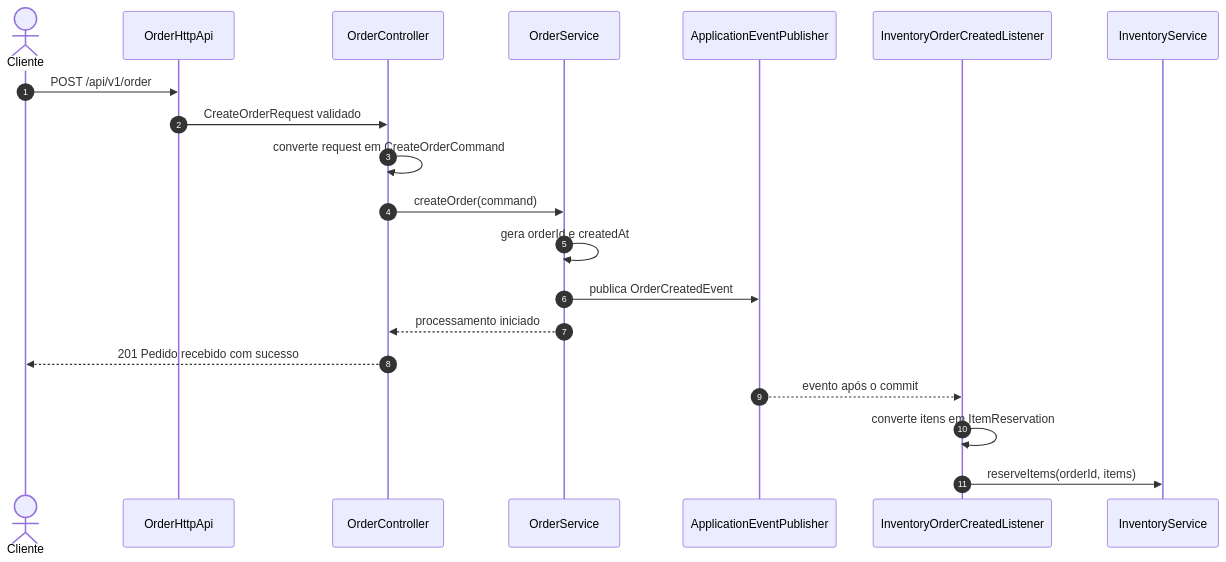
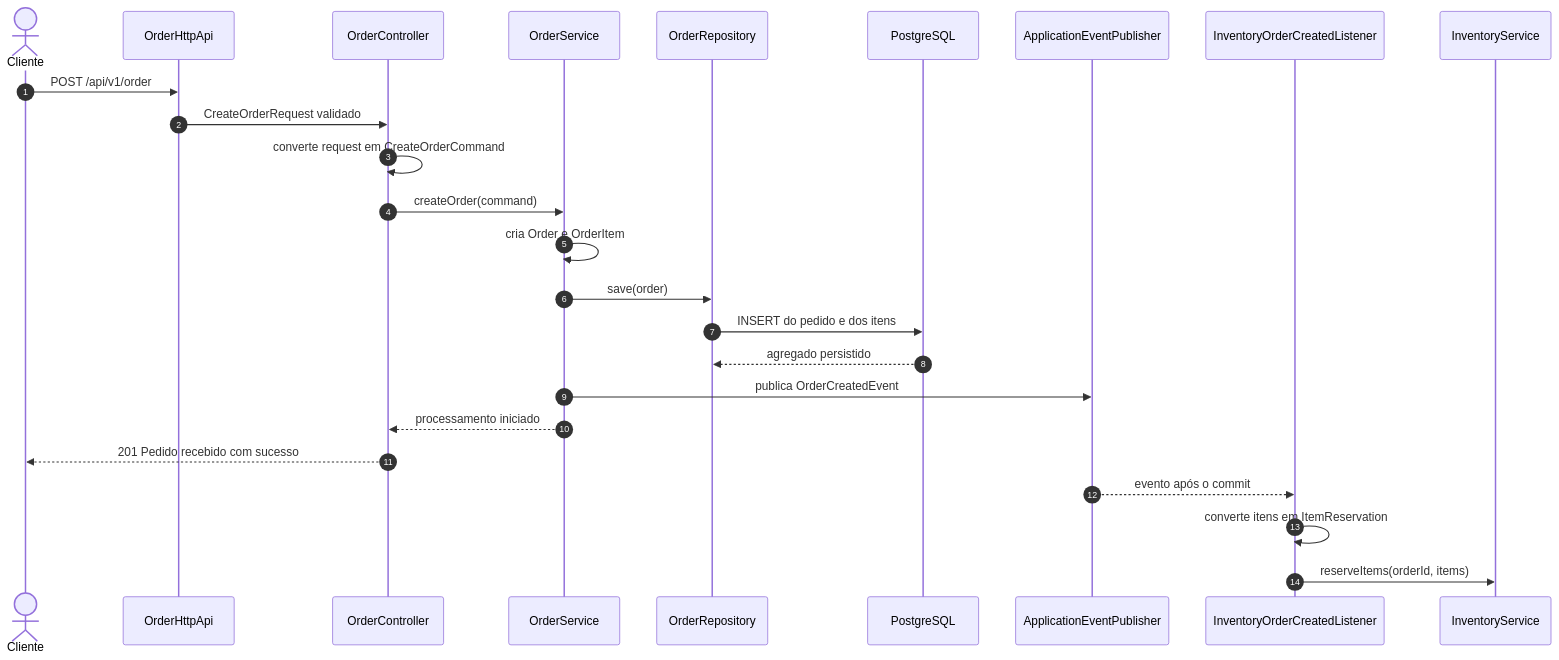
The second of 2 diagrams in docs/architecture.md (marcusvbrangel/ordermod), drawn with Mermaid before and after one commit. The commit also changed other lines of this file and 3 other files, not shown here.

````diff
--- a/docs/architecture.md
+++ b/docs/architecture.md
@@ -109,23 +116,28 @@
 ```mermaid
 sequenceDiagram
     autonumber
     actor Client as Cliente
     participant API as OrderHttpApi
     participant Controller as OrderController
     participant Service as OrderService
+    participant Repository as OrderRepository
+    participant Database as PostgreSQL
     participant Events as ApplicationEventPublisher
     participant Listener as InventoryOrderCreatedListener
     participant Inventory as InventoryService
 
     Client->>API: POST /api/v1/order
     API->>Controller: CreateOrderRequest validado
     Controller->>Controller: converte request em CreateOrderCommand
     Controller->>Service: createOrder(command)
-    Service->>Service: gera orderId e createdAt
+    Service->>Service: cria Order e OrderItem
+    Service->>Repository: save(order)
+    Repository->>Database: INSERT do pedido e dos itens
+    Database-->>Repository: agregado persistido
     Service->>Events: publica OrderCreatedEvent
     Service-->>Controller: processamento iniciado
     Controller-->>Client: 201 Pedido recebido com sucesso
     Events-->>Listener: evento após o commit
     Listener->>Listener: converte itens em ItemReservation
     Listener->>Inventory: reserveItems(orderId, items)
 ```
````
